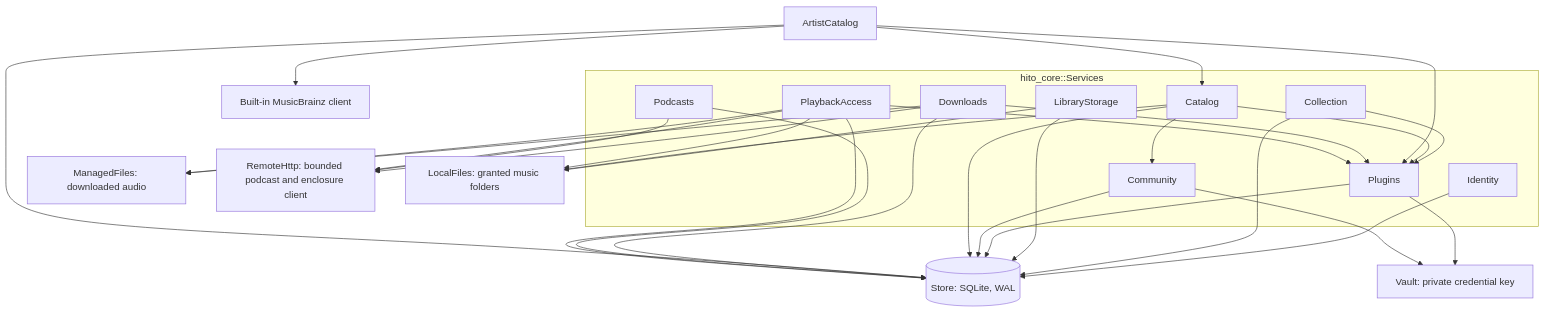
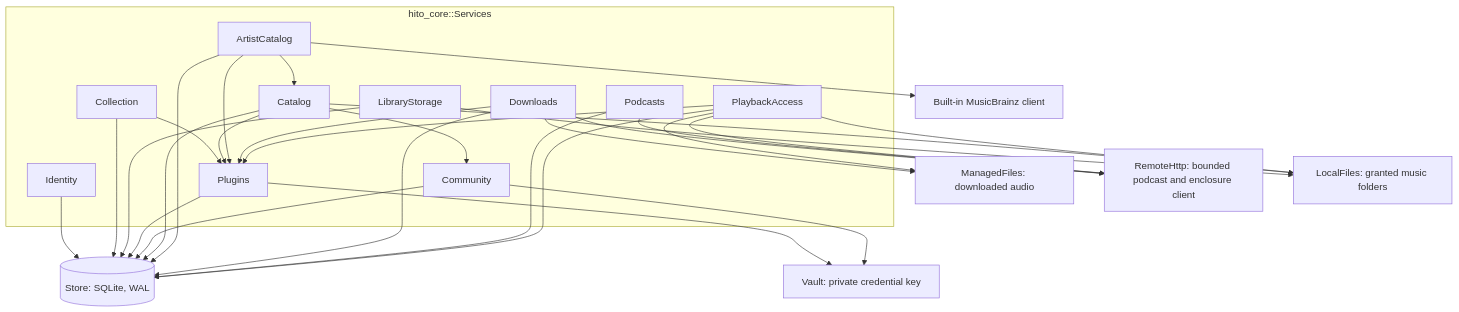
Before and after one commit to acidiney/hitoapp: the fifth of 9 diagrams in docs/architecture.md, drawn with Mermaid.

Commit message:
Draw ArtistCatalog inside Services in the core composition diagram

````diff
--- a/docs/architecture.md
+++ b/docs/architecture.md
@@ -209,48 +209,49 @@
 ```mermaid
 flowchart TB
   subgraph Services[hito_core::Services]
     Identity
     Catalog
+    ArtistCatalog
     PlaybackAccess
     Collection
     Community
     LibraryStorage
     Plugins
     Downloads
     Podcasts
   end
   Store[(Store: SQLite, WAL)]
   Vault[Vault: private credential key]
   Managed[ManagedFiles: downloaded audio]
   Remote[RemoteHttp: bounded podcast and enclosure client]
   Local[LocalFiles: granted music folders]
   Builtin[Built-in MusicBrainz client]
   Identity --> Store
   Collection --> Store
   Collection --> Plugins
   LibraryStorage --> Store
   LibraryStorage --> Local
   Plugins --> Store
   Plugins --> Vault
   Community --> Store
   Community --> Vault
   Catalog --> Store
   Catalog --> Plugins
   Catalog --> Community
   Catalog --> Local
   ArtistCatalog --> Store
   ArtistCatalog --> Plugins
   ArtistCatalog --> Catalog
   ArtistCatalog --> Builtin
   Downloads --> Store
   Downloads --> Plugins
   Downloads --> Managed
   Downloads --> Remote
   Podcasts --> Store
   Podcasts --> Remote
   PlaybackAccess --> Store
   PlaybackAccess --> Plugins
   PlaybackAccess --> Local
   PlaybackAccess --> Managed
   PlaybackAccess --> Remote
 ```
````
